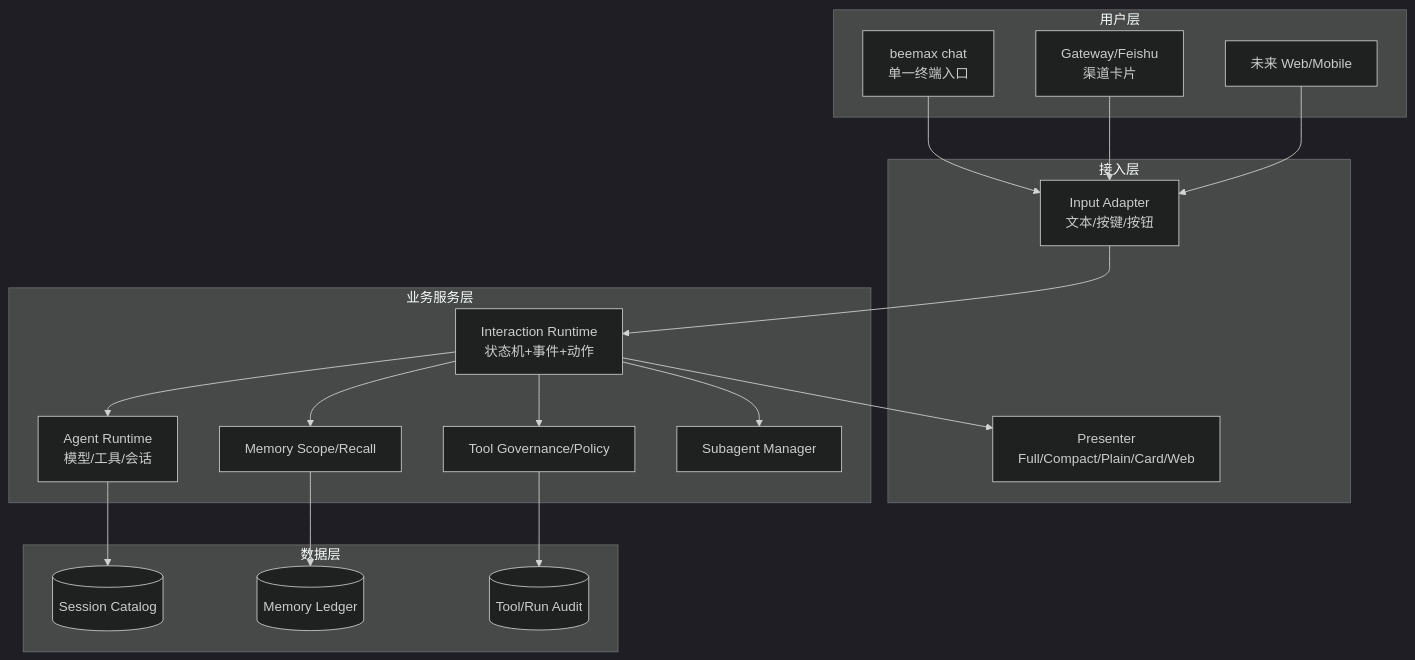
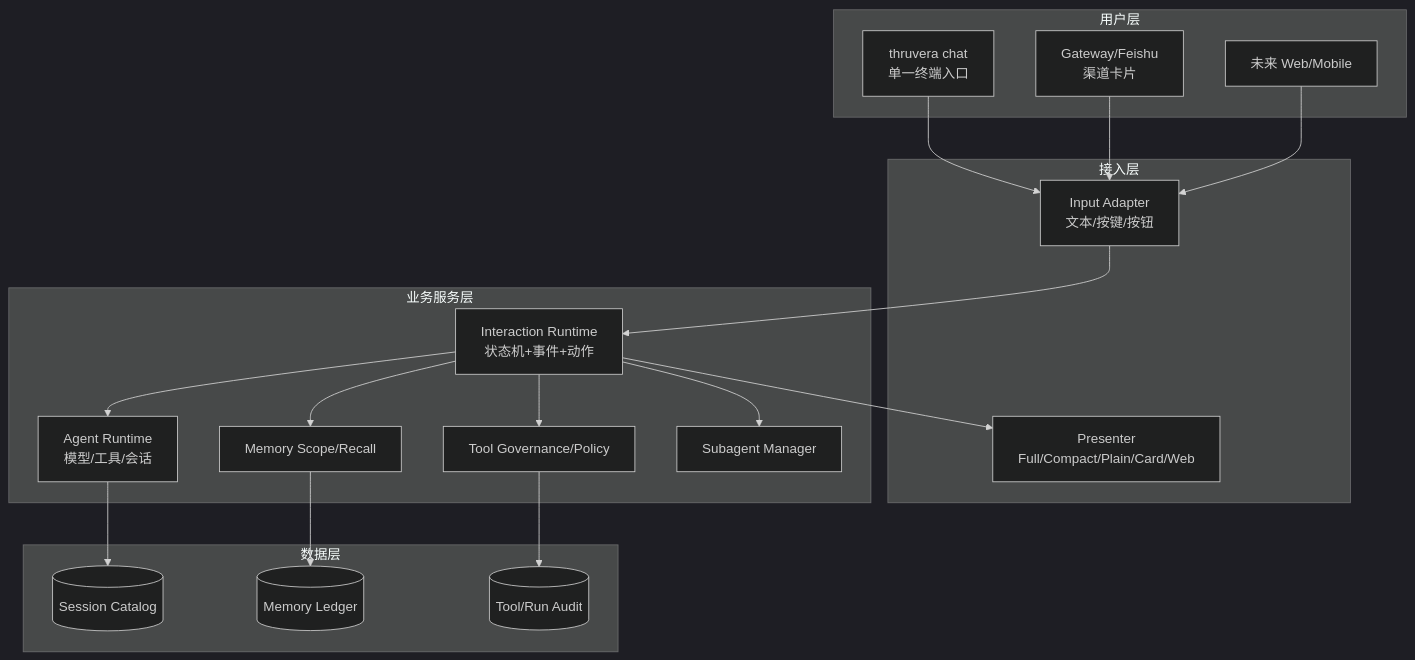
The first of 4 diagrams in docs/architecture/interaction-runtime-prd.md (Zanetach/beemax), drawn with Mermaid (dark theme) before and after one commit. The commit also changed other lines of this file and 299 other files, not shown here.

````diff
--- a/docs/architecture/interaction-runtime-prd.md
+++ b/docs/architecture/interaction-runtime-prd.md
@@ -142,32 +142,32 @@
 ```mermaid
 graph TB
   subgraph 用户层
-    CHAT[beemax chat<br/>单一终端入口]
+    CHAT[thruvera chat<br/>单一终端入口]
     GW[Gateway/Feishu<br/>渠道卡片]
     WEB[未来 Web/Mobile]
   end
   subgraph 接入层
     INPUT[Input Adapter<br/>文本/按键/按钮]
     PRESENT[Presenter<br/>Full/Compact/Plain/Card/Web]
   end
   subgraph 业务服务层
     IR[Interaction Runtime<br/>状态机+事件+动作]
     AR[Agent Runtime<br/>模型/工具/会话]
     GP[Tool Governance/Policy]
     MR[Memory Scope/Recall]
     SA[Subagent Manager]
   end
   subgraph 数据层
     SESSION[(Session Catalog)]
     MEMORY[(Memory Ledger)]
     AUDIT[(Tool/Run Audit)]
   end
   CHAT --> INPUT --> IR
   GW --> INPUT
   WEB --> INPUT
   IR --> PRESENT
   IR --> AR & GP & MR & SA
   AR --> SESSION
   MR --> MEMORY
   GP --> AUDIT
 ```
````
